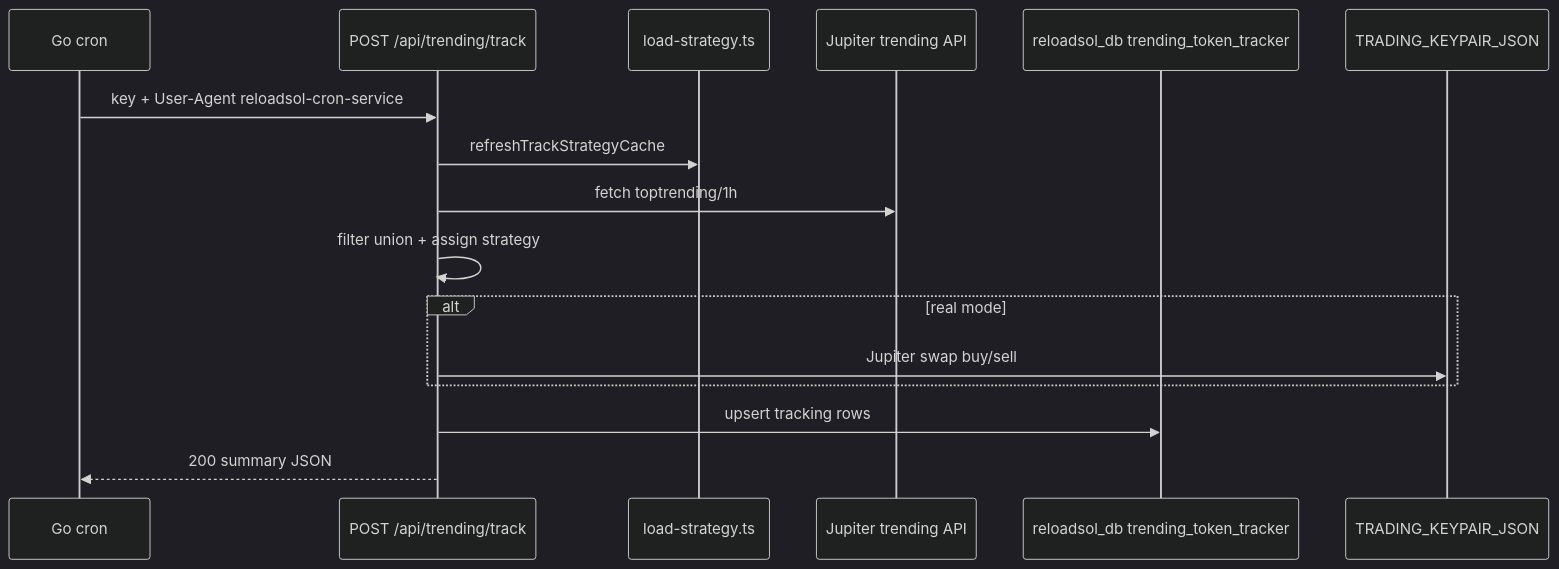
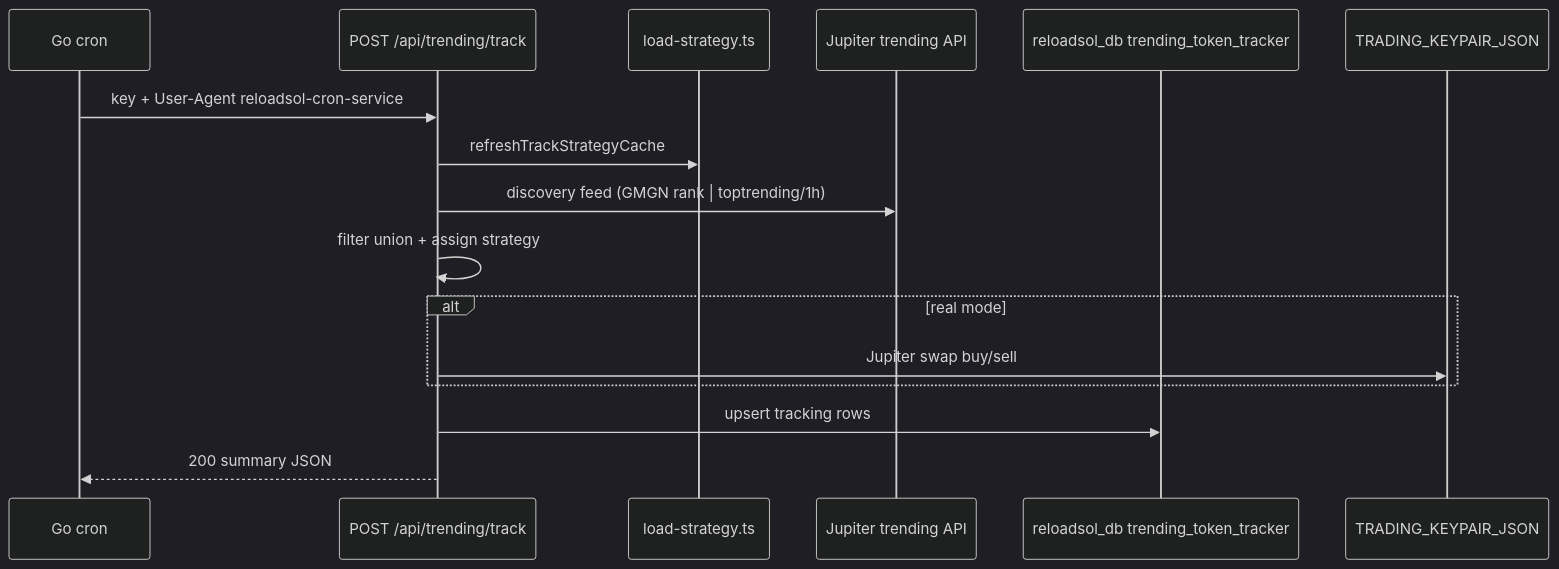
The third of 3 diagrams in docs/architecture.md (studentofcoding/reloadsol), drawn with Mermaid (dark theme) before and after one commit. The commit also changed 6 other files, not shown here.

First line of the commit message:
Docs: align trending docs with the GMGN discovery feed + re-entry guard

````diff
--- a/docs/architecture.md
+++ b/docs/architecture.md
@@ -165,19 +165,19 @@
 ```mermaid
 sequenceDiagram
   participant Cron as Go cron
   participant Track as POST /api/trending/track
   participant Strat as load-strategy.ts
   participant Jup as Jupiter trending API
   participant DB as reloadsol_db trending_token_tracker
   participant Wallet as TRADING_KEYPAIR_JSON
 
   Cron->>Track: key + User-Agent reloadsol-cron-service
   Track->>Strat: refreshTrackStrategyCache
-  Track->>Jup: fetch toptrending/1h
+  Track->>Jup: discovery feed (GMGN rank | toptrending/1h)
   Track->>Track: filter union + assign strategy
   alt real mode
     Track->>Wallet: Jupiter swap buy/sell
   end
   Track->>DB: upsert tracking rows
   Track-->>Cron: 200 summary JSON
 ```
````
